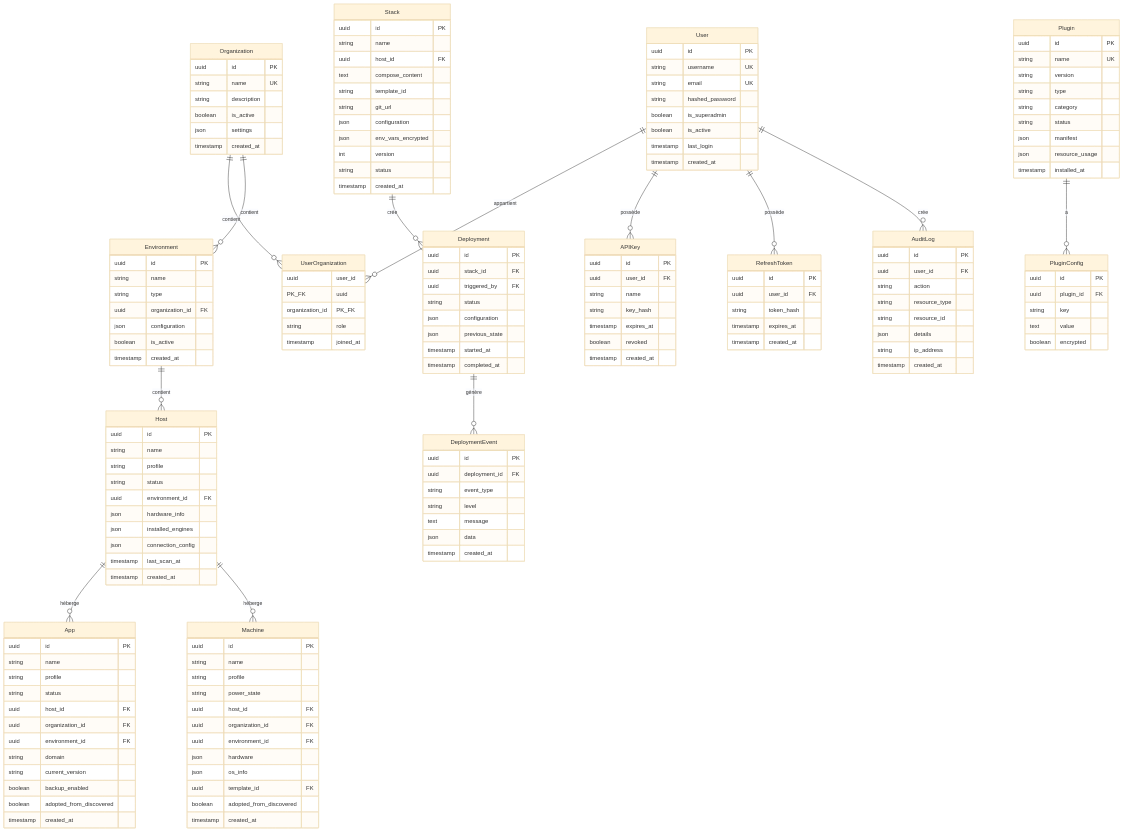
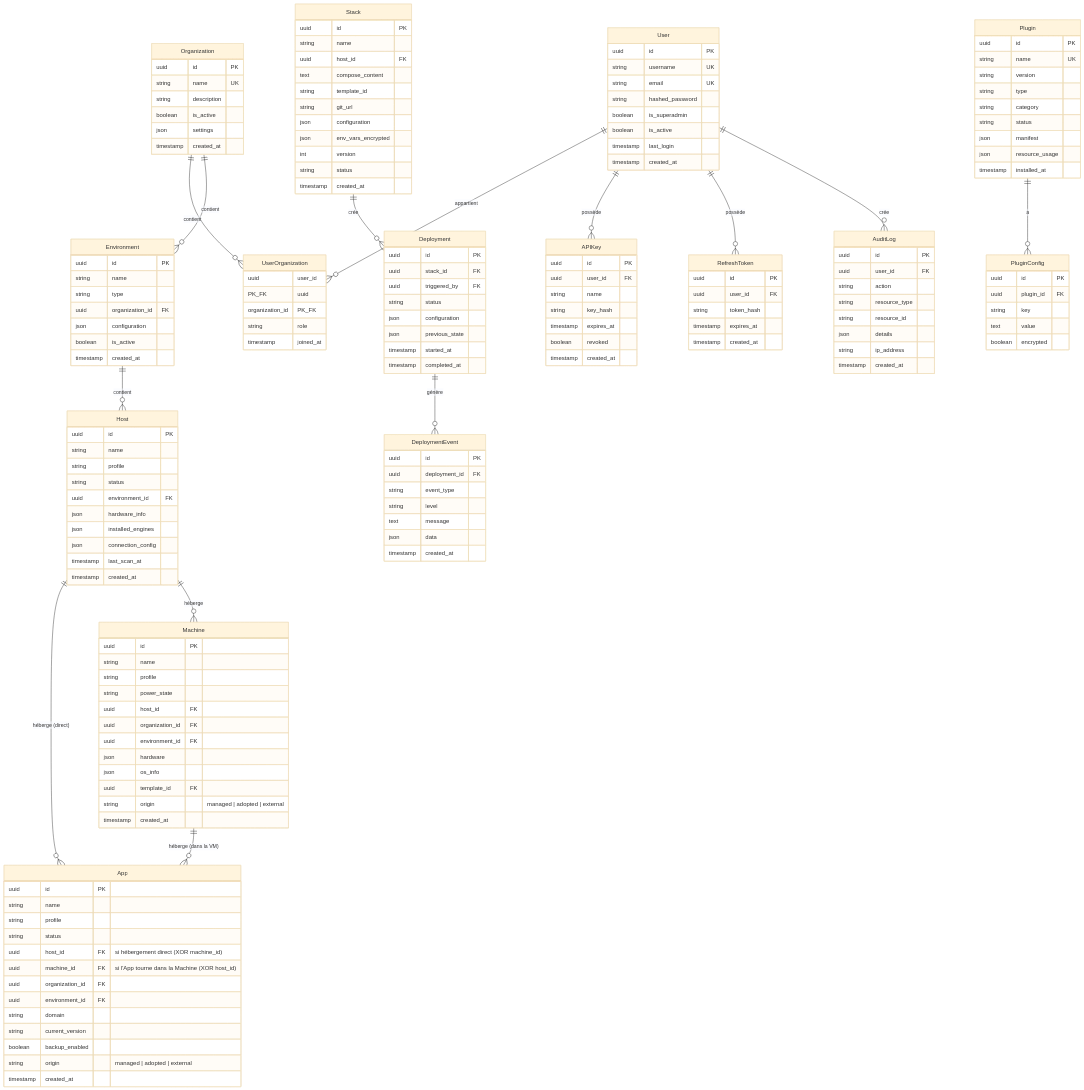
Before and after one commit to stefapi/windflow: the diagram in docs/general_specs/06-modele-de-donnees.md, drawn with Mermaid (base theme). The commit also changed other lines of this file and 6 other files, not shown here.

```diff
--- a/docs/general_specs/06-modele-de-donnees.md
+++ b/docs/general_specs/06-modele-de-donnees.md
@@ -24,8 +24,9 @@
     Organization ||--o{ UserOrganization : "contient"
     Organization ||--o{ Environment : "contient"
     Environment ||--o{ Host : "contient"
-    Host ||--o{ App : "héberge"
+    Host ||--o{ App : "héberge (direct)"
     Host ||--o{ Machine : "héberge"
+    Machine ||--o{ App : "héberge (dans la VM)"
     Stack ||--o{ Deployment : "crée"
     Deployment ||--o{ DeploymentEvent : "génère"
     User ||--o{ APIKey : "possède"
@@ -88,13 +89,14 @@
         string name
         string profile
         string status
-        uuid host_id FK
+        uuid host_id FK "si hébergement direct (XOR machine_id)"
+        uuid machine_id FK "si l'App tourne dans la Machine (XOR host_id)"
         uuid organization_id FK
         uuid environment_id FK
         string domain
         string current_version
         boolean backup_enabled
-        boolean adopted_from_discovered
+        string origin "managed | adopted | external"
         timestamp created_at
     }
 
@@ -109,7 +111,7 @@
         json hardware
         json os_info
         uuid template_id FK
-        boolean adopted_from_discovered
+        string origin "managed | adopted | external"
         timestamp created_at
     }
 
```
